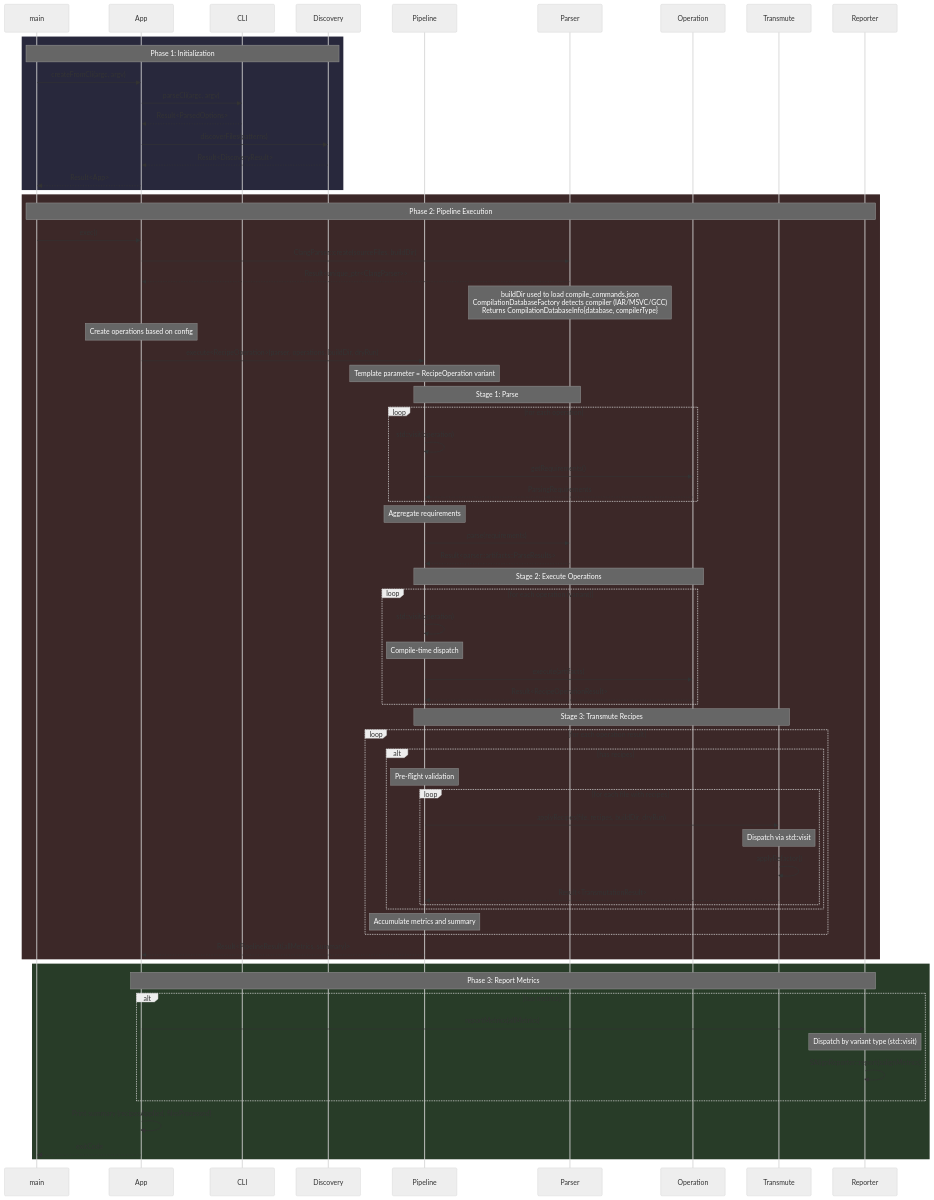
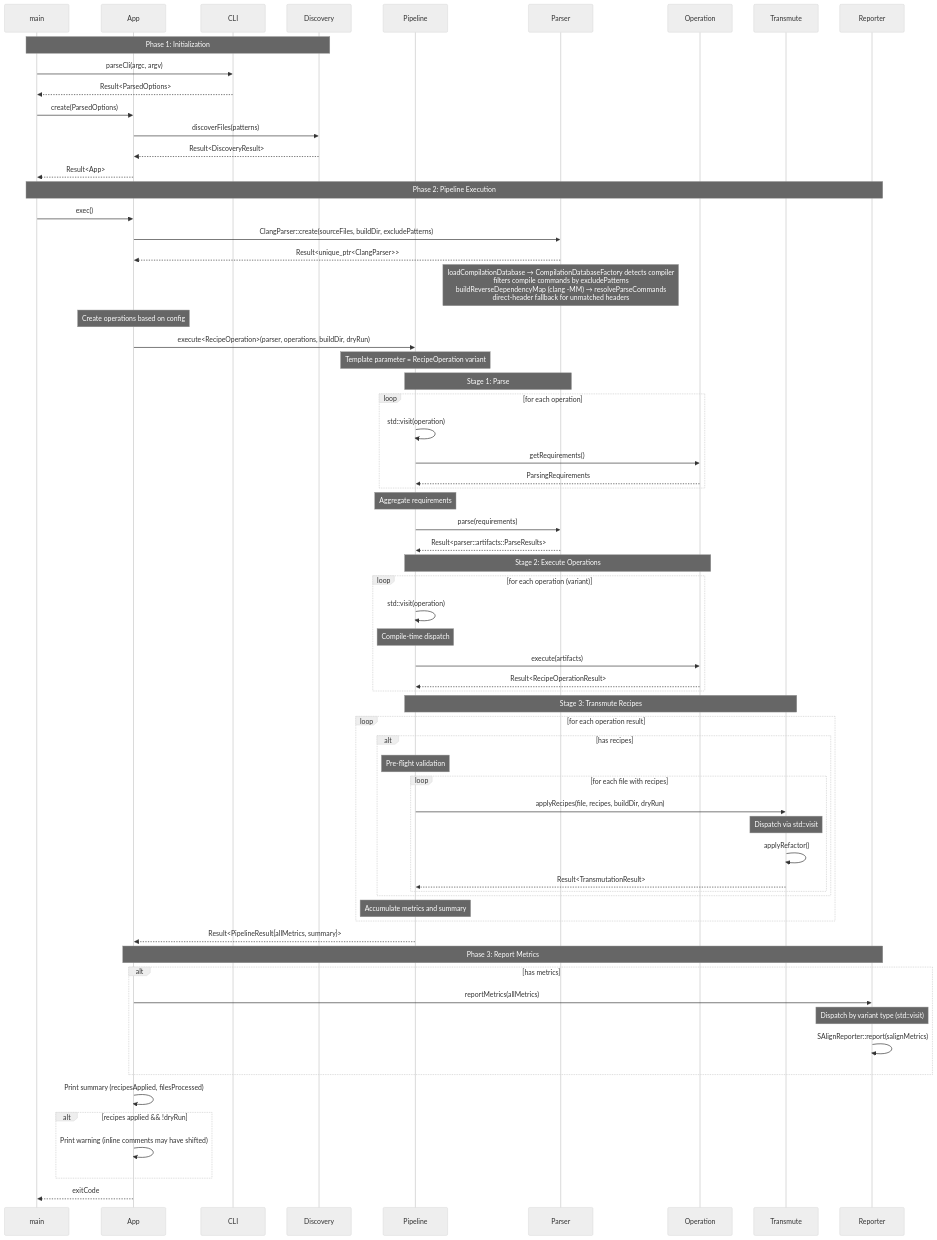
The first of 10 diagrams in docs/design/sequence-diagrams.md (turakz/alchemy), drawn with Mermaid (neutral theme) before and after one commit. The commit also changed other lines of this file and 122 other files, not shown here.

First line of the commit message:
ENGPROD-747 cross-compiler support, build system overhaul, config handling, logging

````diff
--- a/docs/design/sequence-diagrams.md
+++ b/docs/design/sequence-diagrams.md
@@ -25,26 +21,23 @@
     participant Reporter
 
     %% Phase 1: Setup
-    rect rgb(40, 40, 60)
-        Note over main,Discovery: Phase 1: Initialization
-        main->>App: createFromCli(argc, argv)
-        App->>CLI: parseCli(argc, argv)
-        CLI-->>App: Result<ParsedOptions>
+    Note over main,Discovery: Phase 1: Initialization
+        main->>CLI: parseCli(argc, argv)
+        CLI-->>main: Result<ParsedOptions>
 
+        main->>App: create(ParsedOptions)
         App->>Discovery: discoverFiles(patterns)
         Discovery-->>App: Result<DiscoveryResult>
 
         App-->>main: Result<App>
-    end
 
     %% Phase 2: Execution
-    rect rgb(60, 40, 40)
-        Note over main,Reporter: Phase 2: Pipeline Execution
+    Note over main,Reporter: Phase 2: Pipeline Execution
         main->>App: exec()
 
-        App->>Parser: ClangParser::create(sourceFiles, buildDir)
+        App->>Parser: ClangParser::create(sourceFiles, buildDir, excludePatterns)
         Parser-->>App: Result<unique_ptr<ClangParser>>
-        Note over Parser: buildDir used to load compile_commands.json<br/>CompilationDatabaseFactory detects compiler (IAR/MSVC/GCC)<br/>Returns CompilationDatabaseInfo{database, compilerType}
+        Note over Parser: loadCompilationDatabase → CompilationDatabaseFactory detects compiler<br/>filters compile commands by excludePatterns<br/>buildReverseDependencyMap (clang -MM) → resolveParseCommands<br/>direct-header fallback for unmatched headers
 
         Note over App: Create operations based on config
 
@@ -87,11 +80,9 @@
         end
 
         Pipeline-->>App: Result<PipelineResult{allMetrics, summary}>
-    end
 
     %% Phase 3: Reporting
-    rect rgb(40, 60, 40)
-        Note over App,Reporter: Phase 3: Report Metrics
+    Note over App,Reporter: Phase 3: Report Metrics
 
         alt has metrics
             App->>Reporter: reportMetrics(allMetrics)
@@ -100,6 +91,10 @@
         end
 
         App->>App: Print summary (recipesApplied, filesProcessed)
+
+        alt recipes applied && !dryRun
+            App->>App: Print warning (inline comments may have shifted)
+        end
+
         App-->>main: exitCode
-    end
 ```
````
